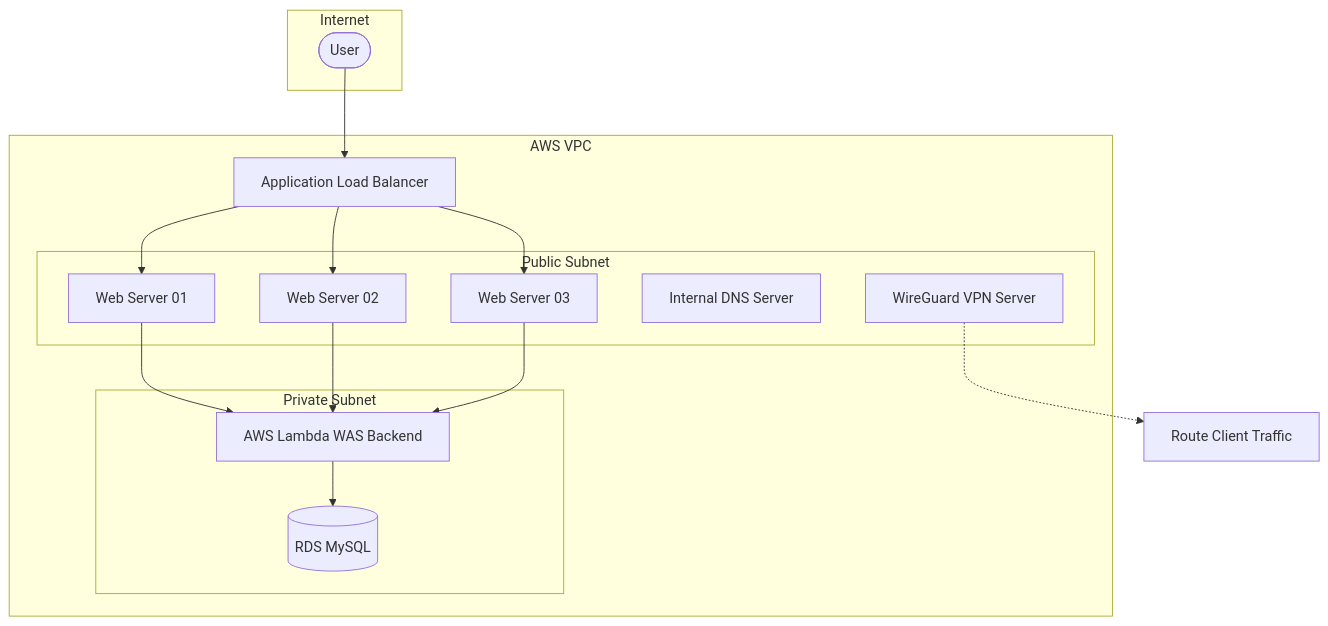
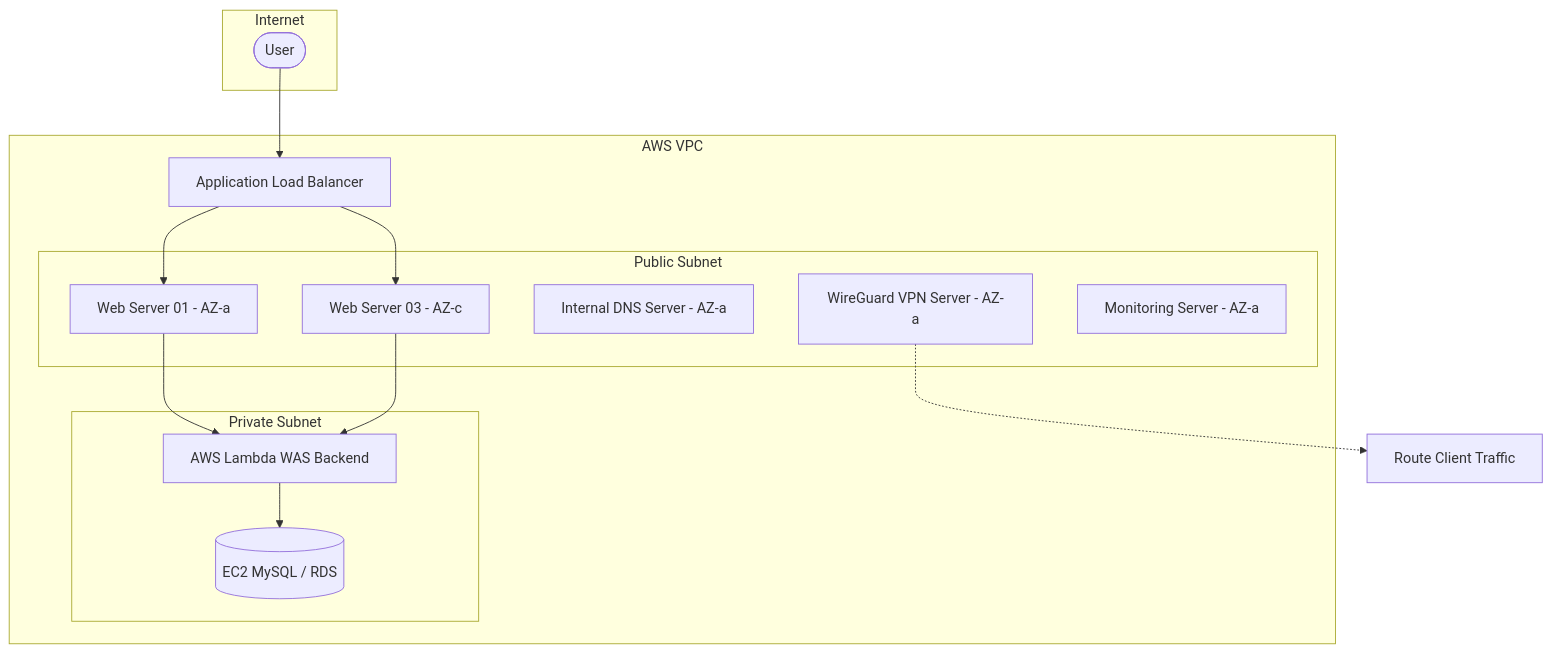
Before and after one commit to jiniiiiiii/terraform-monitoring_with_aws: the diagram in README.md, drawn with Mermaid. The commit also changed other lines of this file and 1 other file, not shown here.

````diff
--- a/README.md
+++ b/README.md
@@ -34,29 +11,29 @@
 ```mermaid
 graph TD
     subgraph Internet
         User([User])
     end
 
     subgraph AWS VPC
         ALB[Application Load Balancer]
         
         subgraph Public Subnet
-            Web1[Web Server 01]
-            Web2[Web Server 02]
-            Web3[Web Server 03]
-            DNS[Internal DNS Server]
-            VPN[WireGuard VPN Server]
+            Web1[Web Server 01 - AZ-a]
+            Web3[Web Server 03 - AZ-c]
+            DNS[Internal DNS Server - AZ-a]
+            VPN[WireGuard VPN Server - AZ-a]
+            Monitor[Monitoring Server - AZ-a]
         end
 
         subgraph Private Subnet
             Lambda[AWS Lambda WAS Backend]
-            RDS[(RDS MySQL)]
+            DB[(EC2 MySQL / RDS)]
         end
     end
 
     User --> ALB
-    ALB --> Web1 & Web2 & Web3
-    Web1 & Web2 & Web3 --> Lambda
-    Lambda --> RDS
+    ALB --> Web1 & Web3
+    Web1 & Web3 --> Lambda
+    Lambda --> DB
     VPN -.-> RouteTable[Route Client Traffic]
 ```
````
